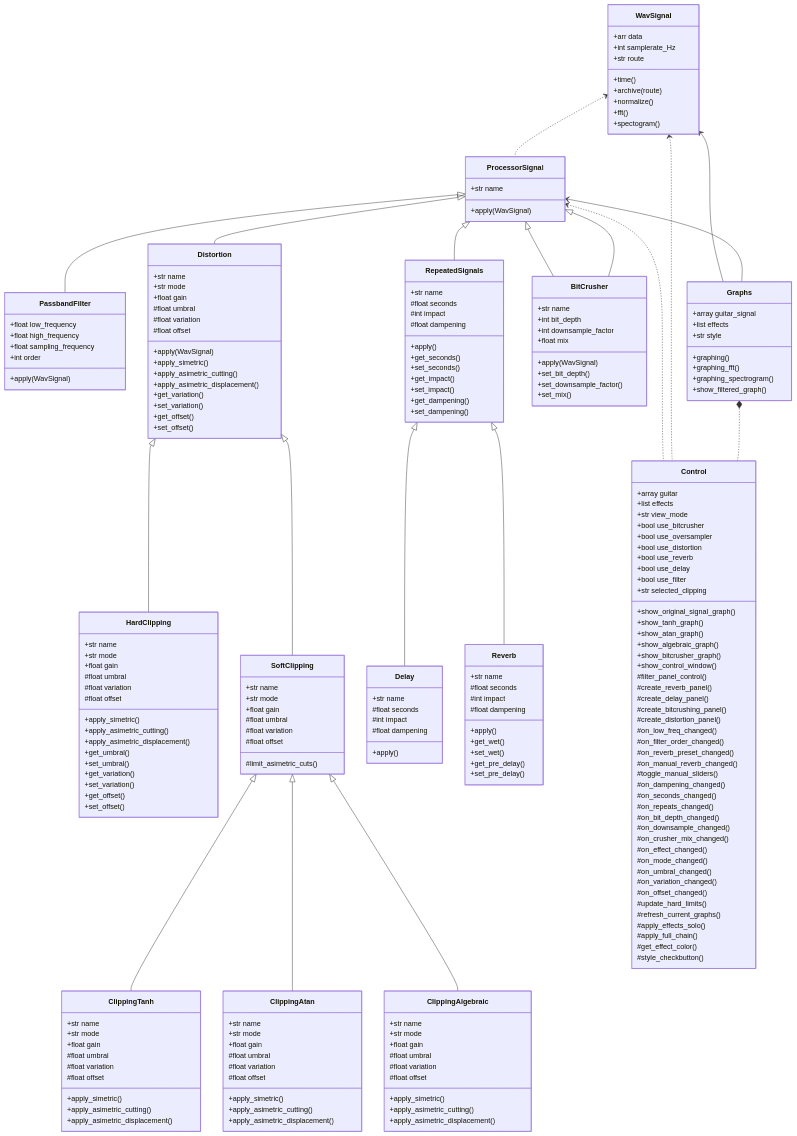
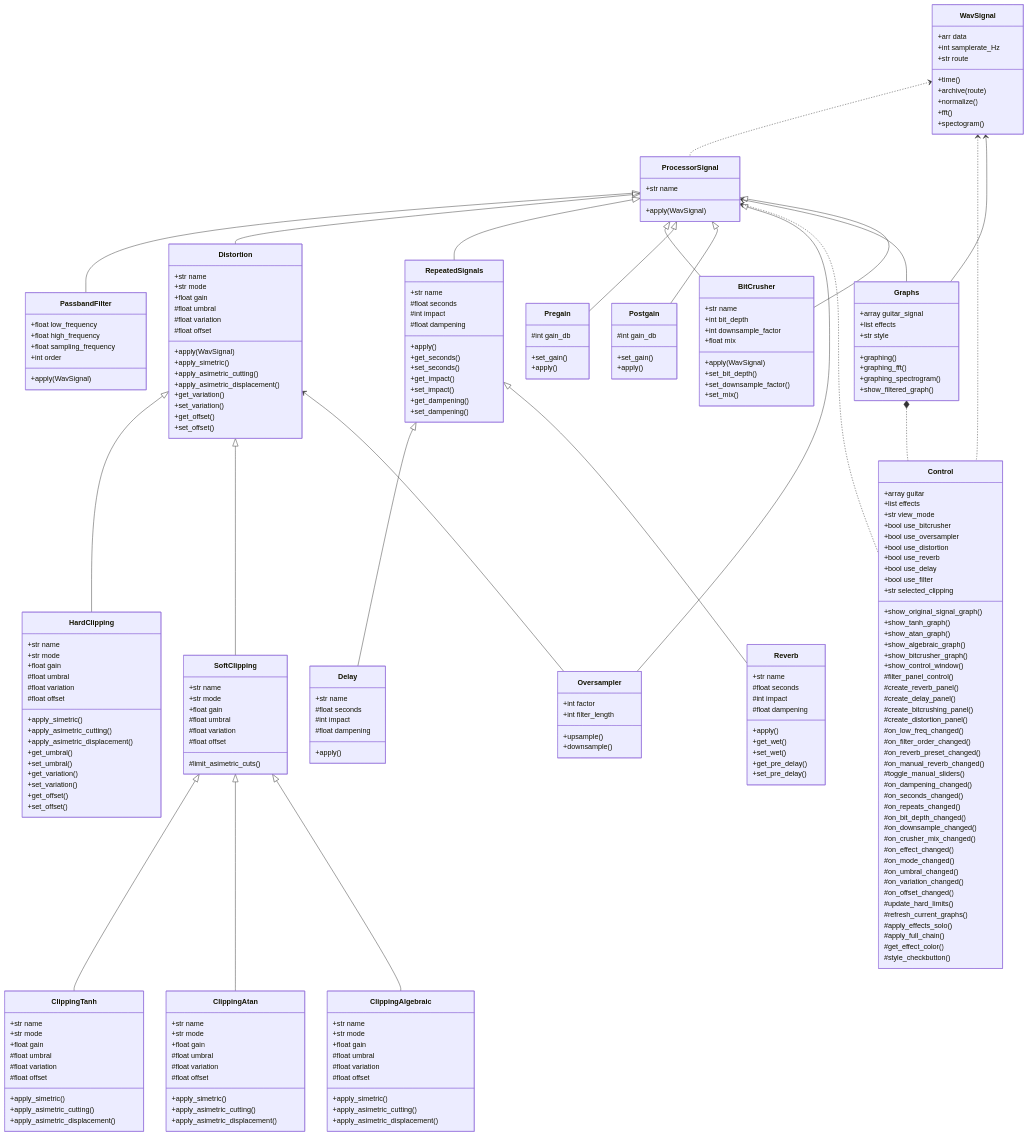
One commit to angutierrezgi/Blue_Slashes changed the third of 3 diagrams in README.md. Above: the diagram before and after it, drawn with Mermaid.

Commit message:
Add Pregain, Postgain, and Oversampler classes

```diff
--- a/README.md
+++ b/README.md
@@ -606,14 +606,37 @@
         +show_filtered_graph()
     }
 
+    class Pregain {
+        #int gain_db
+        +set_gain()
+        +apply()
+    }
+
+    class Postgain {
+        #int gain_db
+        +set_gain()
+        +apply()
+    }
+
+    class Oversampler {
+        +int factor
+        +int filter_length
+        +upsample()
+        +downsample()
+    }
+
     WavSignal <.. ProcessorSignal
     ProcessorSignal <|-- PassbandFilter
     ProcessorSignal <|-- Distortion
     ProcessorSignal <|-- RepeatedSignals
     ProcessorSignal <|-- BitCrusher
+    ProcessorSignal <|-- Pregain
+    ProcessorSignal <|-- Postgain
+    ProcessorSignal <|-- Oversampler
 
     Distortion <|-- HardClipping
     Distortion <|-- SoftClipping
+    Distortion <-- Oversampler
     SoftClipping <|-- ClippingTanh
     SoftClipping <|-- ClippingAtan
     SoftClipping <|-- ClippingAlgebraic
```
